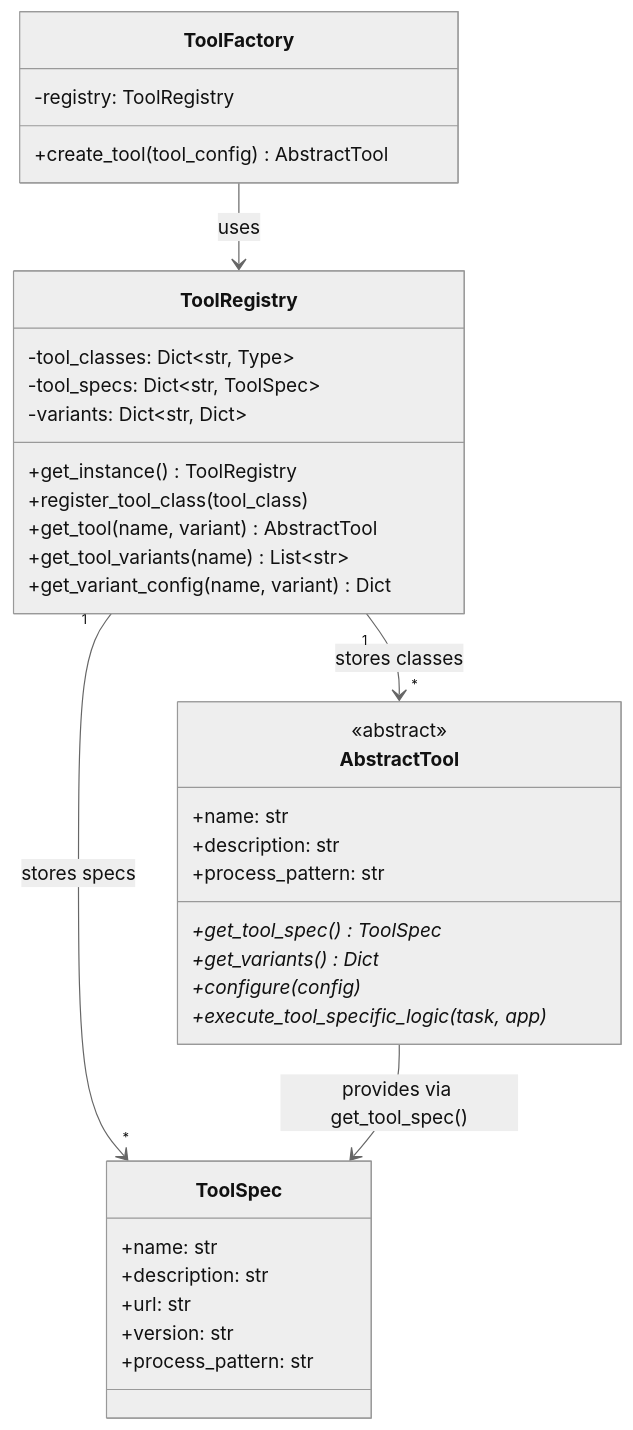
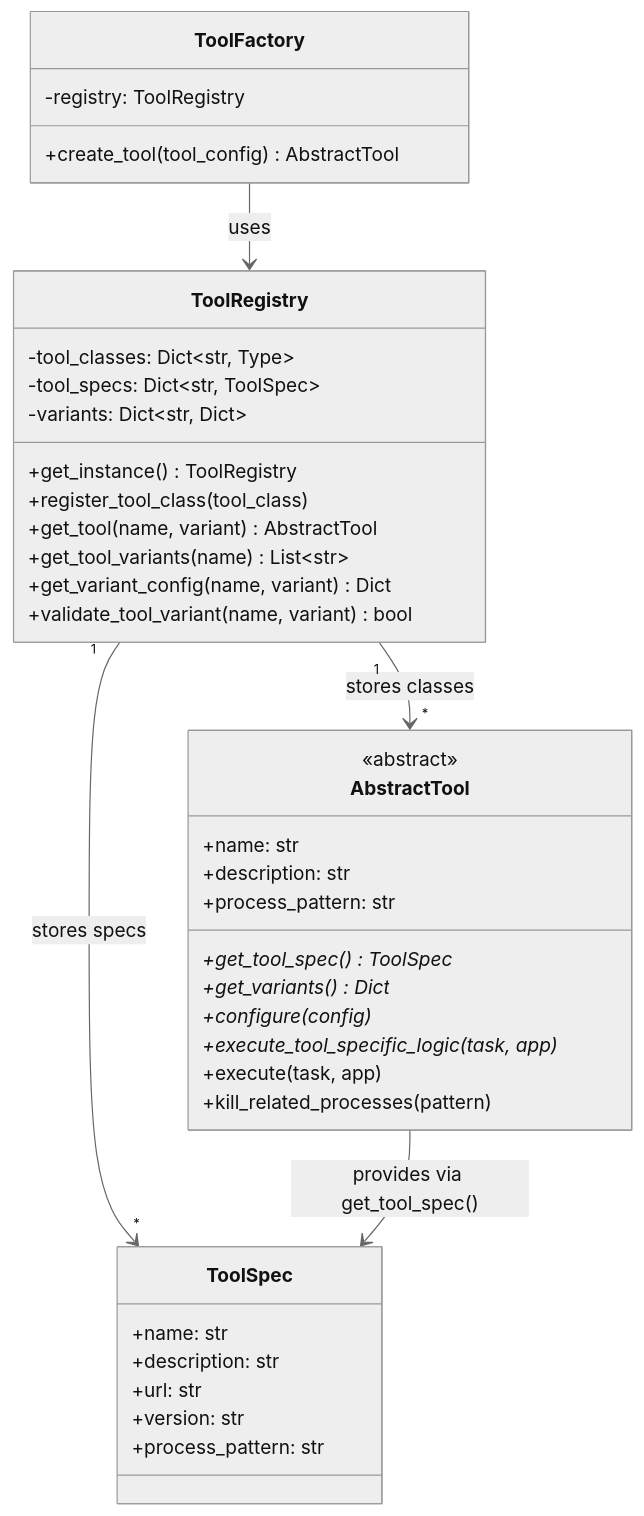
The second of 6 diagrams in rv-android/modules/rv-tools/docs/architecture.md (PAMunb/rvsec), drawn with Mermaid before and after one commit. The commit also changed other lines of this file and 17 other files, not shown here.

First line of the commit message:
docs(tg5): architecture docs for all 13 modules + aperv spec rewrite + script updates (refs #48)

````diff
--- a/rv-android/modules/rv-tools/docs/architecture.md
+++ b/rv-android/modules/rv-tools/docs/architecture.md
@@ -137,43 +172,46 @@
 ```mermaid
 %%{init: {'theme': 'neutral'}}%%
 classDiagram
     class ToolRegistry {
         -tool_classes: Dict~str, Type~
         -tool_specs: Dict~str, ToolSpec~
         -variants: Dict~str, Dict~
         +get_instance() ToolRegistry
         +register_tool_class(tool_class)
         +get_tool(name, variant) AbstractTool
         +get_tool_variants(name) List~str~
         +get_variant_config(name, variant) Dict
+        +validate_tool_variant(name, variant) bool
     }
 
     class ToolFactory {
         -registry: ToolRegistry
         +create_tool(tool_config) AbstractTool
     }
 
     class AbstractTool {
         <<abstract>>
         +name: str
         +description: str
         +process_pattern: str
         +get_tool_spec()* ToolSpec
         +get_variants()* Dict
         +configure(config)*
         +execute_tool_specific_logic(task, app)*
+        +execute(task, app)
+        +kill_related_processes(pattern)
     }
 
     class ToolSpec {
         +name: str
         +description: str
         +url: str
         +version: str
         +process_pattern: str
     }
 
     ToolFactory --> ToolRegistry : uses
     ToolRegistry "1" --> "*" AbstractTool : stores classes
     ToolRegistry "1" --> "*" ToolSpec : stores specs
     AbstractTool --> ToolSpec : provides via get_tool_spec()
 ```
````
